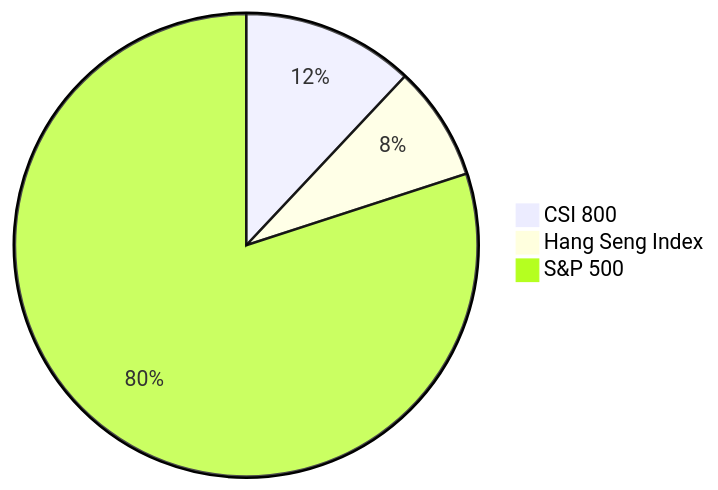
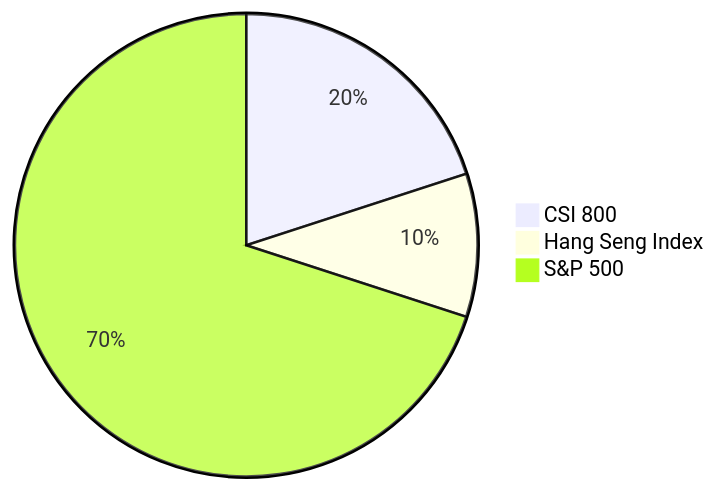
One commit to low-earth-orbit/notes changed the fifth of 5 diagrams in chinese-couch-potato.md. Above: the diagram before and after it, drawn with Mermaid. The commit also changed other lines of this file and 4 other files, not shown here.

````diff
--- a/chinese-couch-potato.md
+++ b/chinese-couch-potato.md
@@ -179,6 +171,6 @@
 ```mermaid
 pie
-"CSI 800" : 12
-"Hang Seng Index" : 8
-"S&P 500" : 80
+"CSI 800" : 20
+"Hang Seng Index" : 10
+"S&P 500" : 70
 ```
````
